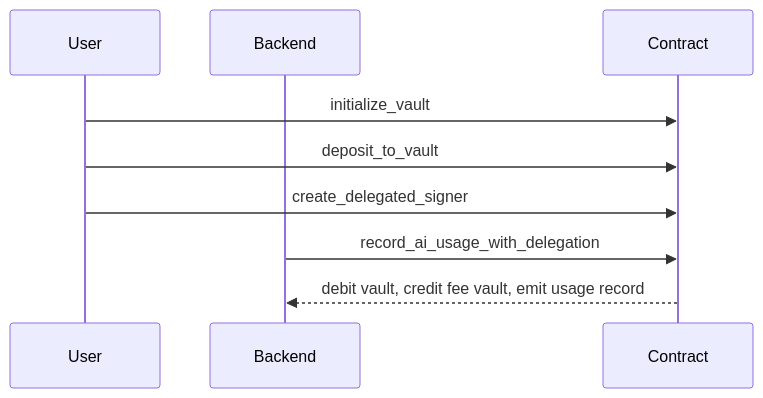
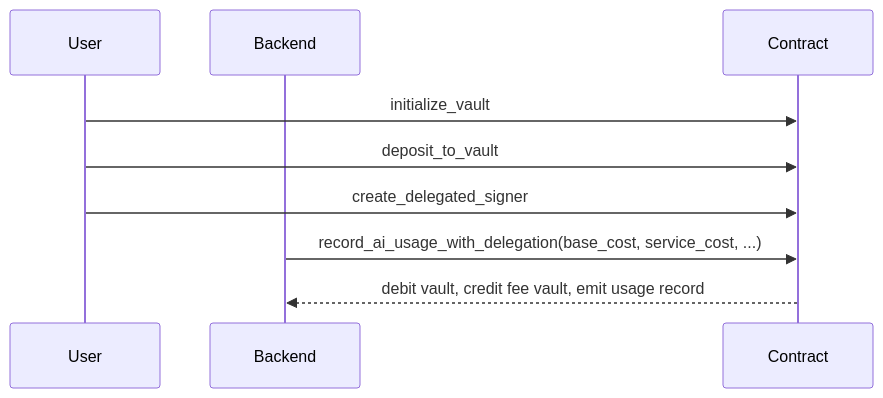
The diagram in contract/index.mdx (FajarArrizki/docs), drawn with Mermaid before and after one commit. The commit also changed other lines of this file and 22 other files, not shown here.

````diff
--- a/contract/index.mdx
+++ b/contract/index.mdx
@@ -33,12 +44,12 @@
 ```mermaid
 sequenceDiagram
     participant User
     participant Backend
     participant Contract
 
     User->>Contract: initialize_vault
     User->>Contract: deposit_to_vault
     User->>Contract: create_delegated_signer
-    Backend->>Contract: record_ai_usage_with_delegation
+    Backend->>Contract: record_ai_usage_with_delegation(base_cost, service_cost, ...)
     Contract-->>Backend: debit vault, credit fee vault, emit usage record
 ```
````
